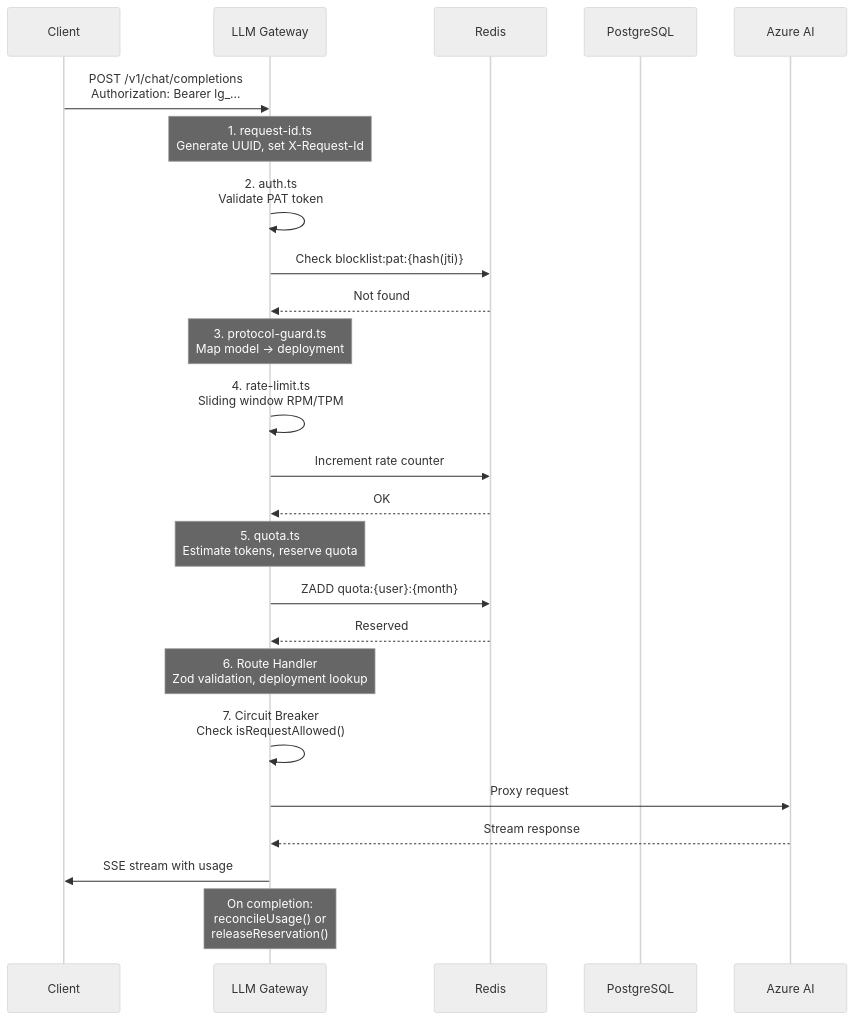
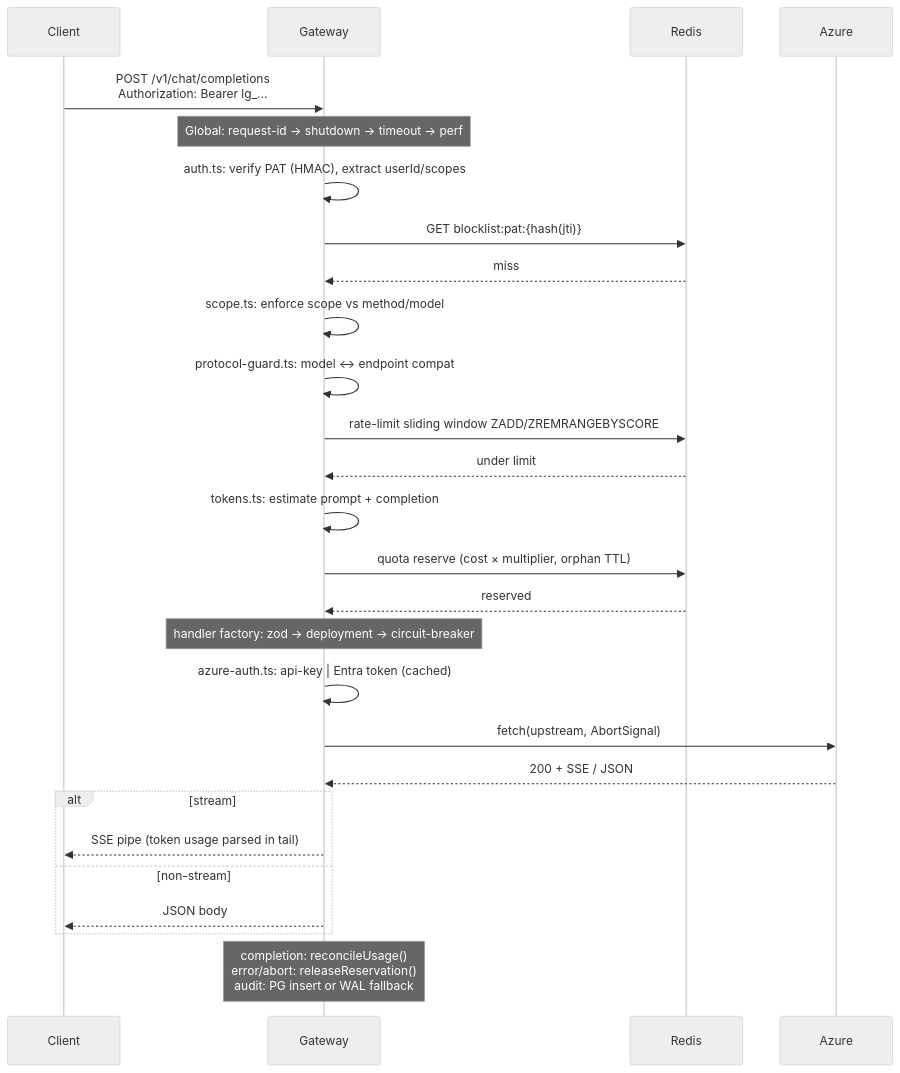
The second of 9 diagrams in docs/architecture.md (felixti/llm-gateway), drawn with Mermaid (neutral theme) before and after one commit. The commit also changed other lines of this file and 2 other files, not shown here.

````diff
--- a/docs/architecture.md
+++ b/docs/architecture.md
@@ -74,39 +120,34 @@
 ```mermaid
 sequenceDiagram
     participant Client
-    participant Gateway as LLM Gateway
+    participant GW as Gateway
     participant Redis
-    participant PostgreSQL
-    participant Azure as Azure AI
+    participant Azure
 
-    Client->>Gateway: POST /v1/chat/completions<br/>Authorization: Bearer lg_...
+    Client->>GW: POST /v1/chat/completions<br/>Authorization: Bearer lg_...
 
-    Note over Gateway: 1. request-id.ts<br/>Generate UUID, set X-Request-Id
+    Note over GW: Global: request-id → shutdown → timeout → perf
+    GW->>GW: auth.ts: verify PAT (HMAC), extract userId/scopes
+    GW->>Redis: GET blocklist:pat:{hash(jti)}
+    Redis-->>GW: miss
+    GW->>GW: scope.ts: enforce scope vs method/model
+    GW->>GW: protocol-guard.ts: model ↔ endpoint compat
+    GW->>Redis: rate-limit sliding window ZADD/ZREMRANGEBYSCORE
+    Redis-->>GW: under limit
+    GW->>GW: tokens.ts: estimate prompt + completion
+    GW->>Redis: quota reserve (cost × multiplier, orphan TTL)
+    Redis-->>GW: reserved
 
-    Gateway->>Gateway: 2. auth.ts<br/>Validate PAT token
-    Gateway->>Redis: Check blocklist:pat:{hash(jti)}
-    Redis-->>Gateway: Not found
+    Note over GW: handler factory: zod → deployment → circuit-breaker
+    GW->>GW: azure-auth.ts: api-key | Entra token (cached)
+    GW->>Azure: fetch(upstream, AbortSignal)
+    Azure-->>GW: 200 + SSE / JSON
 
-    Note over Gateway: 3. protocol-guard.ts<br/>Map model → deployment
+    alt stream
+        GW-->>Client: SSE pipe (token usage parsed in tail)
+    else non-stream
+        GW-->>Client: JSON body
+    end
 
-    Gateway->>Gateway: 4. rate-limit.ts<br/>Sliding window RPM/TPM
-
-    Gateway->>Redis: Increment rate counter
-    Redis-->>Gateway: OK
-
-    Note over Gateway: 5. quota.ts<br/>Estimate tokens, reserve quota
-
-    Gateway->>Redis: ZADD quota:{user}:{month}
-    Redis-->>Gateway: Reserved
-
-    Note over Gateway: 6. Route Handler<br/>Zod validation, deployment lookup
-
-    Gateway->>Gateway: 7. Circuit Breaker<br/>Check isRequestAllowed()
-
-    Gateway->>Azure: Proxy request
-    Azure-->>Gateway: Stream response
-
-    Gateway->>Client: SSE stream with usage
-
-    Note over Gateway: On completion:<br/>reconcileUsage() or<br/>releaseReservation()
+    Note over GW: completion: reconcileUsage()<br/>error/abort: releaseReservation()<br/>audit: PG insert or WAL fallback
 ```
````
